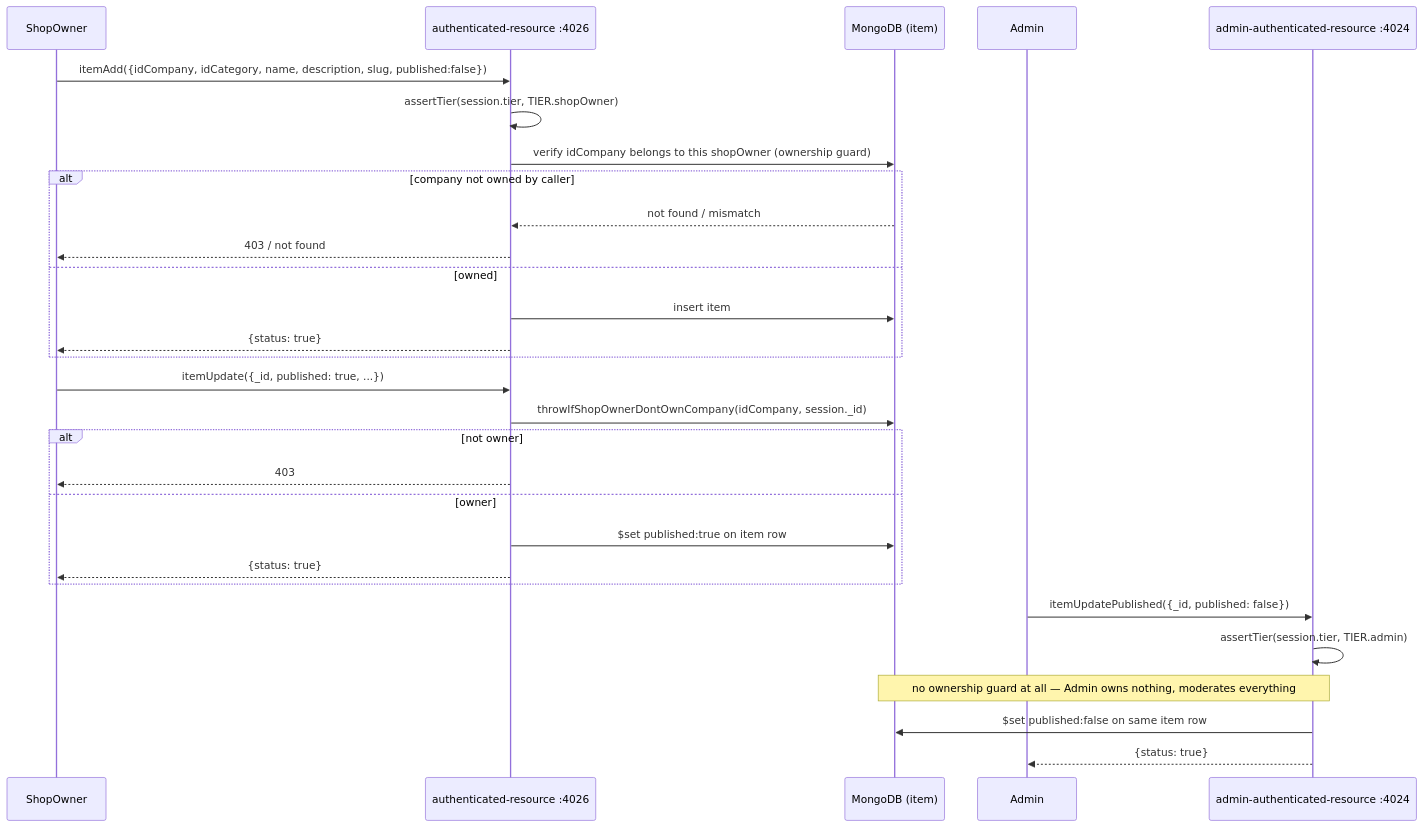
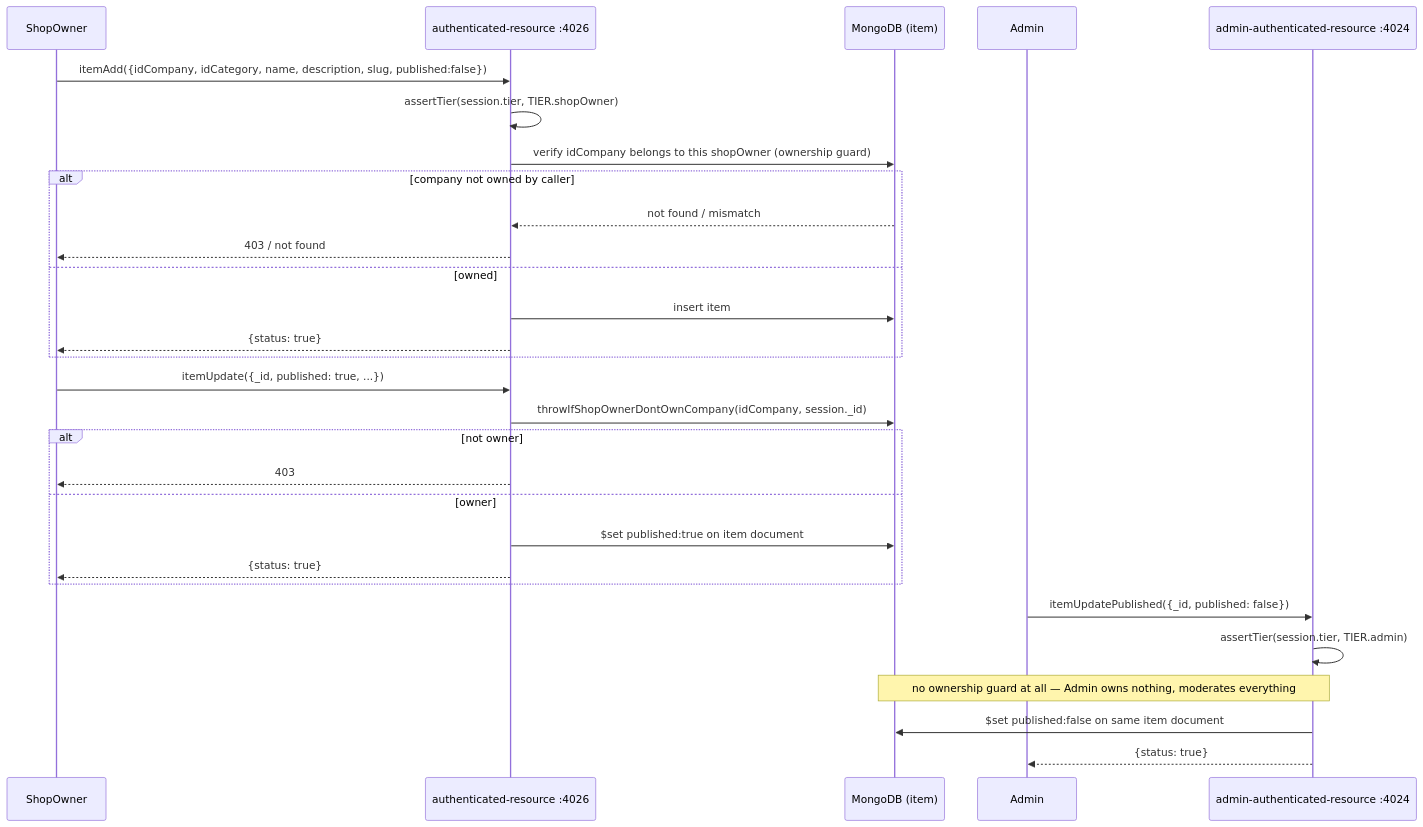
Before and after one commit to Axiumine/fullstack-marketplace-blueprint: the seventh of 7 diagrams in docs/devprotocol/phase5/SEQUENCE_DIAGRAMS.md, drawn with Mermaid. The commit also changed other lines of this file and 29 other files, not shown here.

````diff
--- a/docs/devprotocol/phase5/SEQUENCE_DIAGRAMS.md
+++ b/docs/devprotocol/phase5/SEQUENCE_DIAGRAMS.md
@@ -478,34 +478,34 @@
 ```mermaid
 sequenceDiagram
     participant SO as ShopOwner
     participant AR as authenticated-resource :4026
     participant Mongo as MongoDB (item)
     participant Adm as Admin
     participant AAR as admin-authenticated-resource :4024
 
     SO->>AR: itemAdd({idCompany, idCategory, name, description, slug, published:false})
     AR->>AR: assertTier(session.tier, TIER.shopOwner)
     AR->>Mongo: verify idCompany belongs to this shopOwner (ownership guard)
     alt company not owned by caller
         Mongo-->>AR: not found / mismatch
         AR-->>SO: 403 / not found
     else owned
         AR->>Mongo: insert item
         AR-->>SO: {status: true}
     end
 
     SO->>AR: itemUpdate({_id, published: true, ...})
     AR->>Mongo: throwIfShopOwnerDontOwnCompany(idCompany, session._id)
     alt not owner
         AR-->>SO: 403
     else owner
-        AR->>Mongo: $set published:true on item row
+        AR->>Mongo: $set published:true on item document
         AR-->>SO: {status: true}
     end
 
     Adm->>AAR: itemUpdatePublished({_id, published: false})
     AAR->>AAR: assertTier(session.tier, TIER.admin)
     Note over AAR,Mongo: no ownership guard at all — Admin owns nothing, moderates everything
-    AAR->>Mongo: $set published:false on same item row
+    AAR->>Mongo: $set published:false on same item document
     AAR-->>Adm: {status: true}
 ```
````
